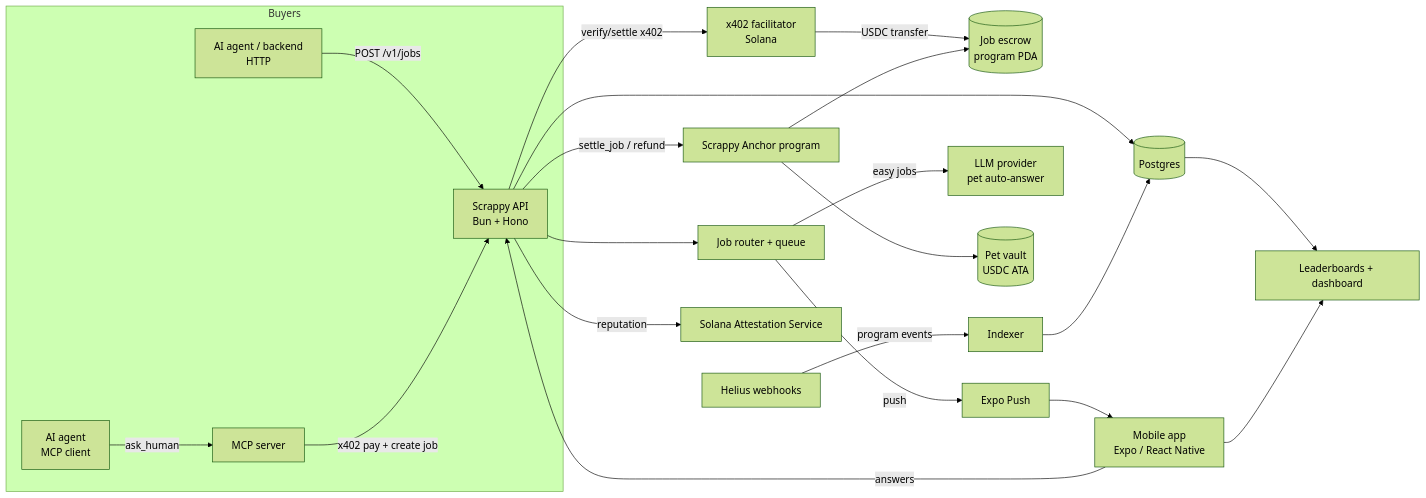
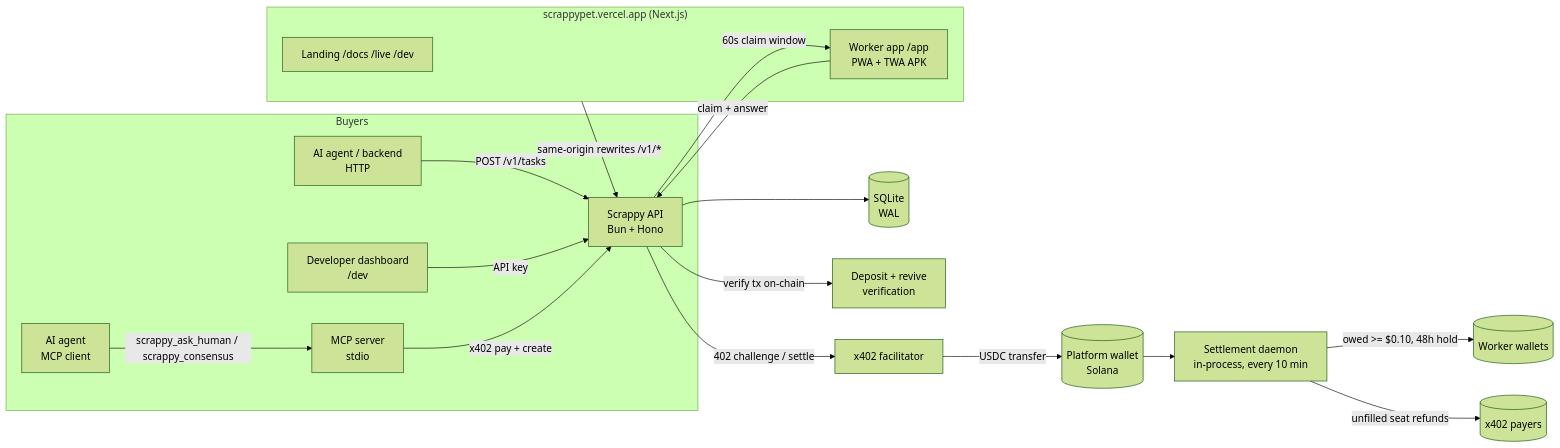
Before and after one commit to Venkat5599/Gameboy: the diagram in docs/ARCHITECTURE.md, drawn with Mermaid (forest theme). The commit also changed other lines of this file and 11 other files, not shown here.

First line of the commit message:
Pet survival loop: hunger ticks while jobs are live, feed from earned meals, revive for $0.05

````diff
--- a/docs/ARCHITECTURE.md
+++ b/docs/ARCHITECTURE.md
@@ -10,24 +15,23 @@
 ```mermaid
 flowchart LR
   subgraph Buyers
-    A1[AI agent<br/>MCP client] -->|ask_human| MCP[MCP server]
-    A2[AI agent / backend<br/>HTTP] -->|POST /v1/jobs| API
+    A1[AI agent<br/>MCP client] -->|scrappy_ask_human / scrappy_consensus| MCP[MCP server<br/>stdio]
+    A2[AI agent / backend<br/>HTTP] -->|POST /v1/tasks| API
+    A3[Developer dashboard<br/>/dev] -->|API key| API
   end
-  MCP -->|x402 pay + create job| API[Scrappy API<br/>Bun + Hono]
-  API -->|verify/settle x402| FAC[x402 facilitator<br/>Solana]
-  FAC -->|USDC transfer| ESC[(Job escrow<br/>program PDA)]
-  API --> DB[(Postgres)]
-  API --> Q[Job router + queue]
-  Q -->|push| PUSH[Expo Push]
-  PUSH --> APP[Mobile app<br/>Expo / React Native]
-  APP -->|answers| API
-  Q -->|easy jobs| LLM[LLM provider<br/>pet auto-answer]
-  API -->|settle_job / refund| PROG[Scrappy Anchor program]
-  PROG --> ESC
-  PROG --> PV[(Pet vault<br/>USDC ATA)]
-  HEL[Helius webhooks] -->|program events| IDX[Indexer]
-  IDX --> DB
-  DB --> LB[Leaderboards + dashboard]
-  APP --> LB
-  API -->|reputation| SAS[Solana Attestation Service]
+  MCP -->|x402 pay + create| API[Scrappy API<br/>Bun + Hono]
+  API -->|402 challenge / settle| FAC[x402 facilitator]
+  FAC -->|USDC transfer| PW[(Platform wallet<br/>Solana)]
+  API --> DB[(SQLite<br/>WAL)]
+  subgraph Web["scrappypet.vercel.app (Next.js)"]
+    L[Landing /docs /live /dev]
+    WAPP[Worker app /app<br/>PWA + TWA APK]
+  end
+  Web -->|same-origin rewrites /v1/*| API
+  WAPP -->|claim + answer| API
+  API -->|60s claim window| WAPP
+  PW --> SET[Settlement daemon<br/>in-process, every 10 min]
+  SET -->|owed >= $0.10, 48h hold| WRK[(Worker wallets)]
+  SET -->|unfilled seat refunds| PAY[(x402 payers)]
+  API -->|verify tx on-chain| DEP[Deposit + revive<br/>verification]
 ```
````
